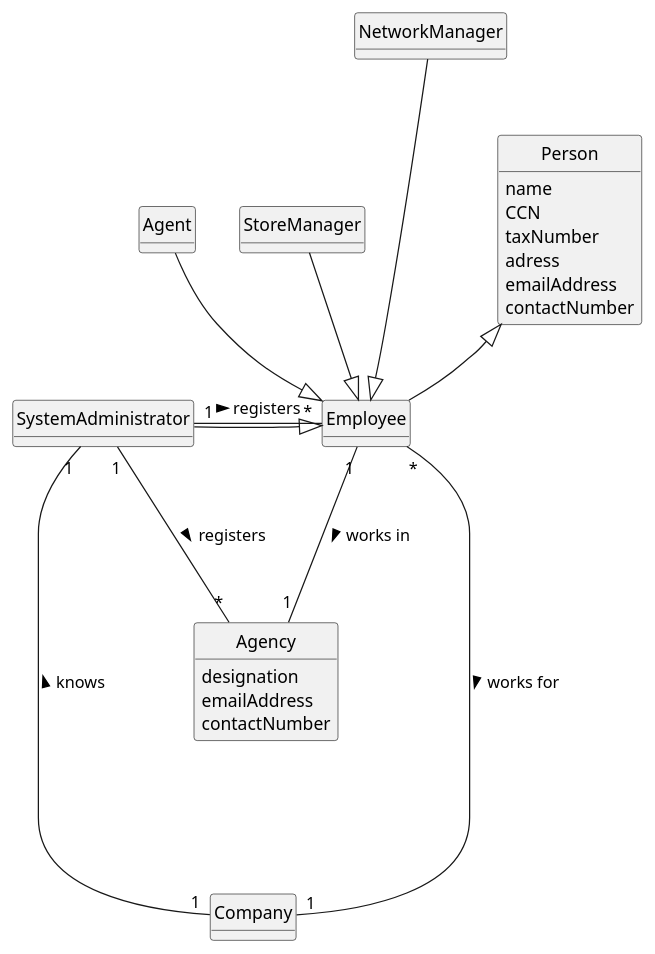
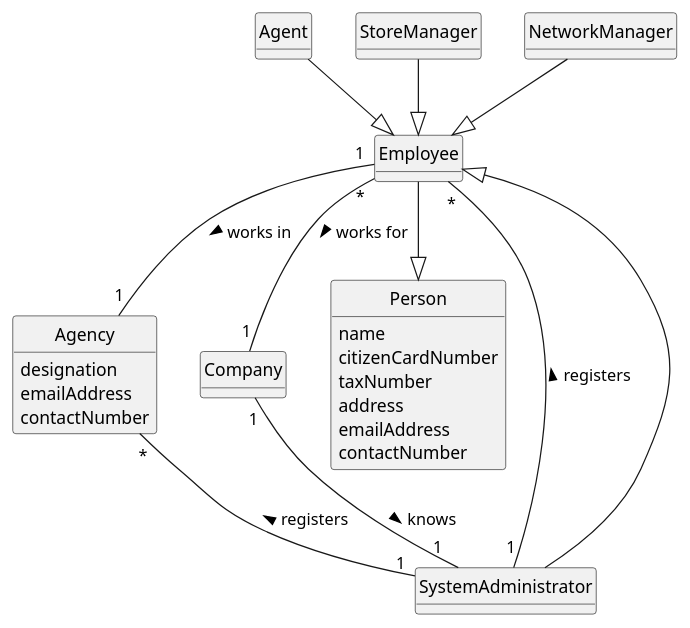
Before and after one commit to rita-barbosa/LAPR2-2223: the diagram in docs/sprintA/us003/02.analysis/puml/us003-domain-model.puml, drawn with PlantUML. The commit also changed 2 other files, not shown here.

```diff
--- a/docs/sprintA/us003/02.analysis/puml/us003-domain-model.puml
+++ b/docs/sprintA/us003/02.analysis/puml/us003-domain-model.puml
@@ -1,57 +1,56 @@
 @startuml
 skinparam monochrome true
 skinparam packageStyle rectangle
 skinparam shadowing false
 
 'left to right direction
 
 skinparam classAttributeIconSize 0
 
 hide circle
 hide methods
 
 class SystemAdministrator {}
 
 class Company {}
 
 class Employee {}
 
 class Agent{
 }
 
 class StoreManager{
 }
 class NetworkManager{
-'does he also have an agency to which he is assigned to '
 }
 
 class Person{
 name
-CCN
+citizenCardNumber
 taxNumber
-adress
+address
 emailAddress
 contactNumber
 }
 
 
 class Agency {
 designation
 emailAddress
 contactNumber
 }
 
 
-Company "1" ----- "1" SystemAdministrator : knows >
-SystemAdministrator ---|> Employee
-SystemAdministrator "1" - "*" Employee: registers >
-SystemAdministrator "1" --- "*" Agency: registers >
-Employee "*" ---- "1" Company : works for >
-Employee "1" --- "1" Agency: works in  >
-Person  <|--  Employee
+Company "1" -- "1" SystemAdministrator : knows >
+SystemAdministrator -|> Employee
+SystemAdministrator "1" -- "*" Employee: registers >
+SystemAdministrator "1" -up- "*" Agency: registers >
+Employee "*" -- "1" Company : works for >
+Employee "1" -- "1" Agency: works in  >
+Person  <|-up-  Employee
 Agent  --|> Employee
 StoreManager --|> Employee
-NetworkManager ---|> Employee
+NetworkManager --|> Employee
 
 
 @enduml
```
